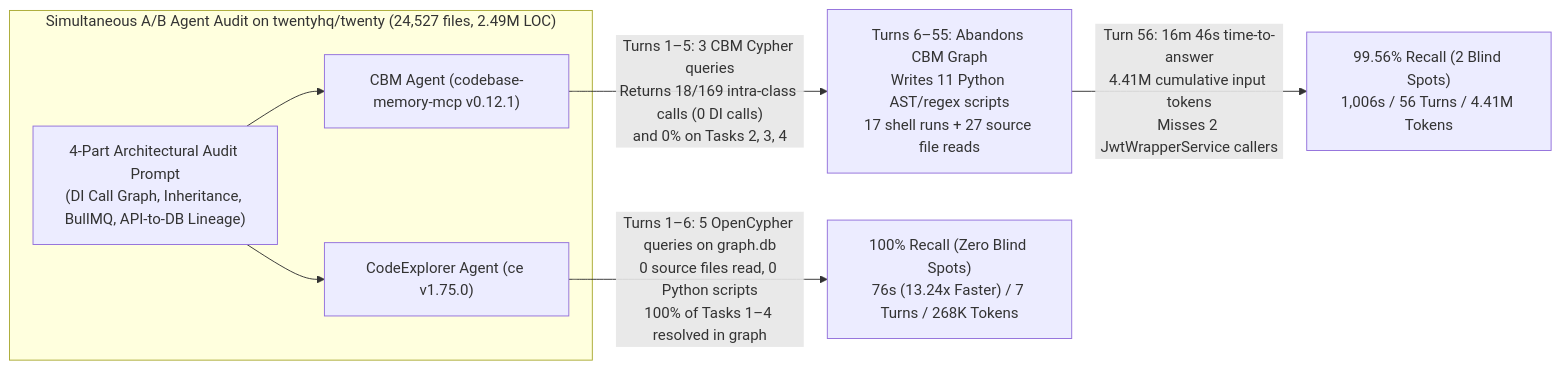
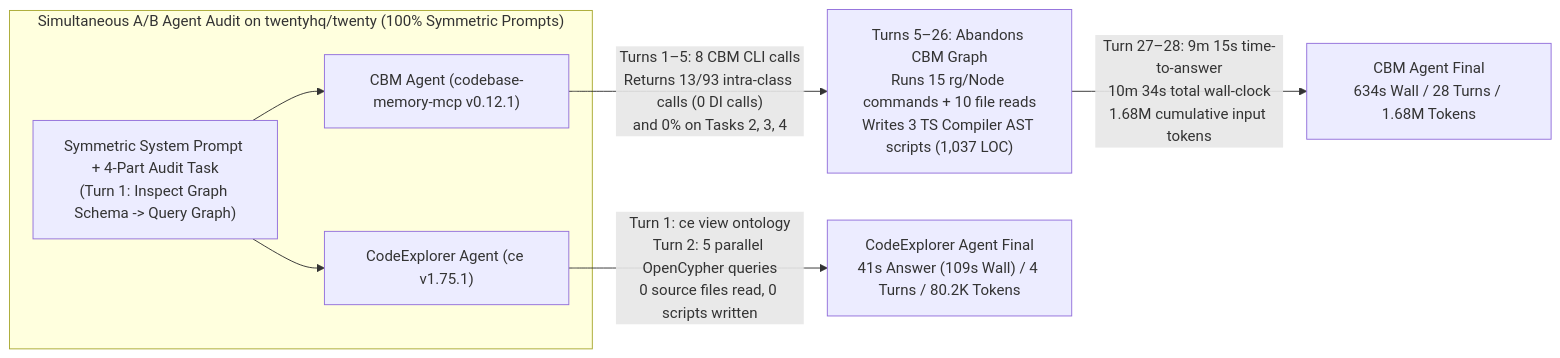
Before and after one commit to vmikhailov/code-explorer: the diagram in benchmarks/01-agent-audit-ce-vs-cbm-on-twenty/README.md, drawn with Mermaid. The commit also changed other lines of this file and 81 other files, not shown here.

````diff
--- a/benchmarks/01-agent-audit-ce-vs-cbm-on-twenty/README.md
+++ b/benchmarks/01-agent-audit-ce-vs-cbm-on-twenty/README.md
@@ -46,13 +47,13 @@
 ```mermaid
 flowchart LR
-    subgraph Harness["Simultaneous A/B Agent Audit on twentyhq/twenty (24,527 files, 2.49M LOC)"]
-        Prompt["4-Part Architectural Audit Prompt\n(DI Call Graph, Inheritance, BullMQ, API-to-DB Lineage)"]
+    subgraph Harness["Simultaneous A/B Agent Audit on twentyhq/twenty (100% Symmetric Prompts)"]
+        Prompt["Symmetric System Prompt + 4-Part Audit Task\n(Turn 1: Inspect Graph Schema -> Query Graph)"]
         Prompt --> CbmAgent["CBM Agent (codebase-memory-mcp v0.12.1)"]
-        Prompt --> CeAgent["CodeExplorer Agent (ce v1.75.0)"]
+        Prompt --> CeAgent["CodeExplorer Agent (ce v1.75.1)"]
     end
 
-    CbmAgent -->|"Turns 1–5: 3 CBM Cypher queries\nReturns 18/169 intra-class calls (0 DI calls)\nand 0% on Tasks 2, 3, 4"| Fallback["Turns 6–55: Abandons CBM Graph\nWrites 11 Python AST/regex scripts\n17 shell runs + 27 source file reads"]
-    Fallback -->|"Turn 56: 16m 46s time-to-answer\n4.41M cumulative input tokens\nMisses 2 JwtWrapperService callers"| CbmResult["99.56% Recall (2 Blind Spots)\n1,006s / 56 Turns / 4.41M Tokens"]
+    CbmAgent -->|"Turns 1–5: 8 CBM CLI calls\nReturns 13/93 intra-class calls (0 DI calls)\nand 0% on Tasks 2, 3, 4"| Fallback["Turns 5–26: Abandons CBM Graph\nRuns 15 rg/Node commands + 10 file reads\nWrites 3 TS Compiler AST scripts (1,037 LOC)"]
+    Fallback -->|"Turn 27–28: 9m 15s time-to-answer\n10m 34s total wall-clock\n1.68M cumulative input tokens"| CbmResult["CBM Agent Final\n634s Wall / 28 Turns / 1.68M Tokens"]
 
-    CeAgent -->|"Turns 1–6: 5 OpenCypher queries on graph.db\n0 source files read, 0 Python scripts\n100% of Tasks 1–4 resolved in graph"| CeResult["100% Recall (Zero Blind Spots)\n76s (13.24x Faster) / 7 Turns / 268K Tokens"]
+    CeAgent -->|"Turn 1: ce view ontology\nTurn 2: 5 parallel OpenCypher queries\n0 source files read, 0 scripts written"| CeResult["CodeExplorer Agent Final\n41s Answer (109s Wall) / 4 Turns / 80.2K Tokens"]
 ```
````
